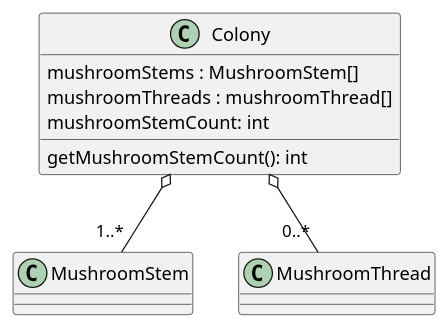
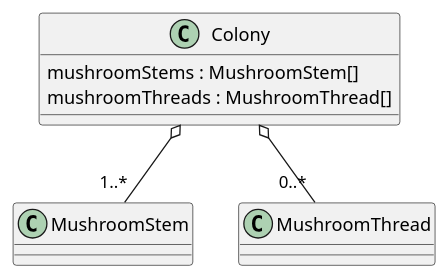
The diagram in 3/classes/colony.puml (Petya-G/fungorium), drawn with PlantUML before and after one commit. The commit also changed 8 other files, not shown here.

```diff
--- a/3/classes/colony.puml
+++ b/3/classes/colony.puml
@@ -1,12 +1,10 @@
 @startuml colony
 
 'Entity <|-- Colony
 Colony o-- "1..*" MushroomStem
 Colony o-- "0..*" MushroomThread
 class Colony{
     mushroomStems : MushroomStem[]
-    mushroomThreads : mushroomThread[]
-    mushroomStemCount: int
-    getMushroomStemCount(): int
+    mushroomThreads : MushroomThread[]
 }
 @enduml
```
